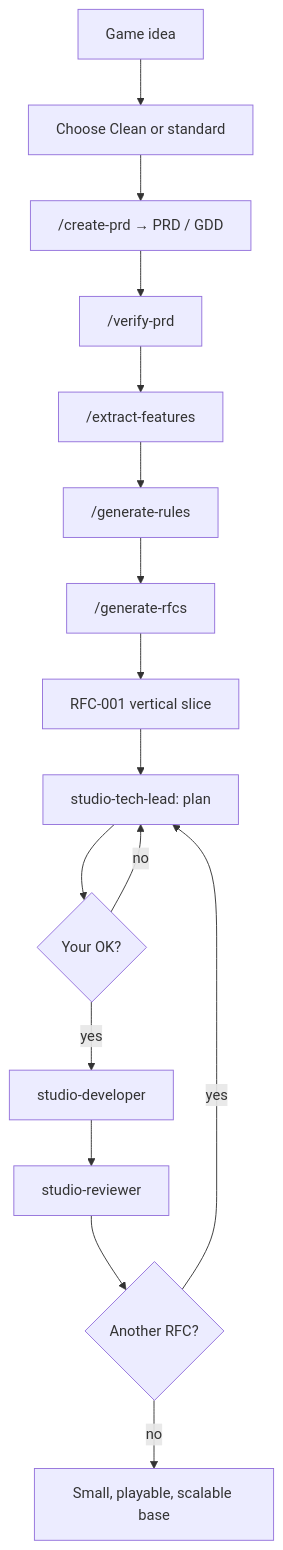
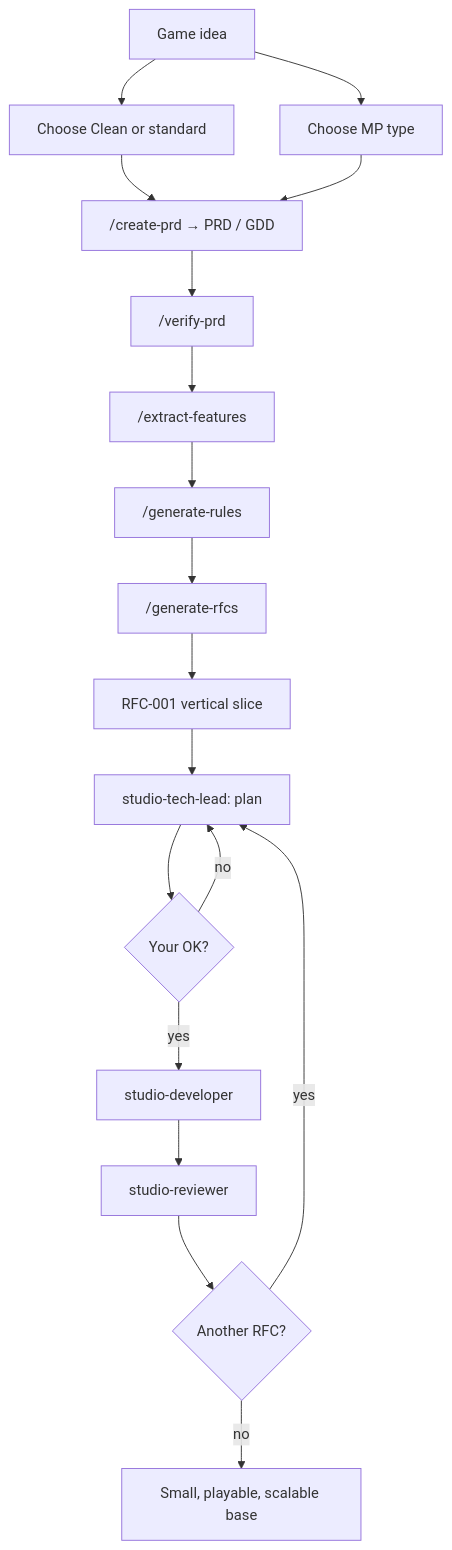
Before and after one commit to Joelnicolass/godot-studio-skills: the fourth of 4 diagrams in README.md, drawn with Mermaid. The commit also changed other lines of this file and 12 other files, not shown here.

````diff
--- a/README.md
+++ b/README.md
@@ -116,19 +136,21 @@
 ```mermaid
 flowchart TD
   idea[Game idea] --> arch[Choose Clean or standard]
+  idea --> mp[Choose MP type]
   arch --> prd["/create-prd → PRD / GDD"]
+  mp --> prd
   prd --> ver["/verify-prd"]
   ver --> feat["/extract-features"]
   feat --> rules["/generate-rules"]
   rules --> rfcs["/generate-rfcs"]
   rfcs --> slice[RFC-001 vertical slice]
 
   slice --> plan[studio-tech-lead: plan]
   plan --> ok{Your OK?}
   ok -->|no| plan
   ok -->|yes| dev[studio-developer]
   dev --> rev[studio-reviewer]
   rev --> more{Another RFC?}
   more -->|yes| plan
   more -->|no| done[Small, playable, scalable base]
 ```
````
